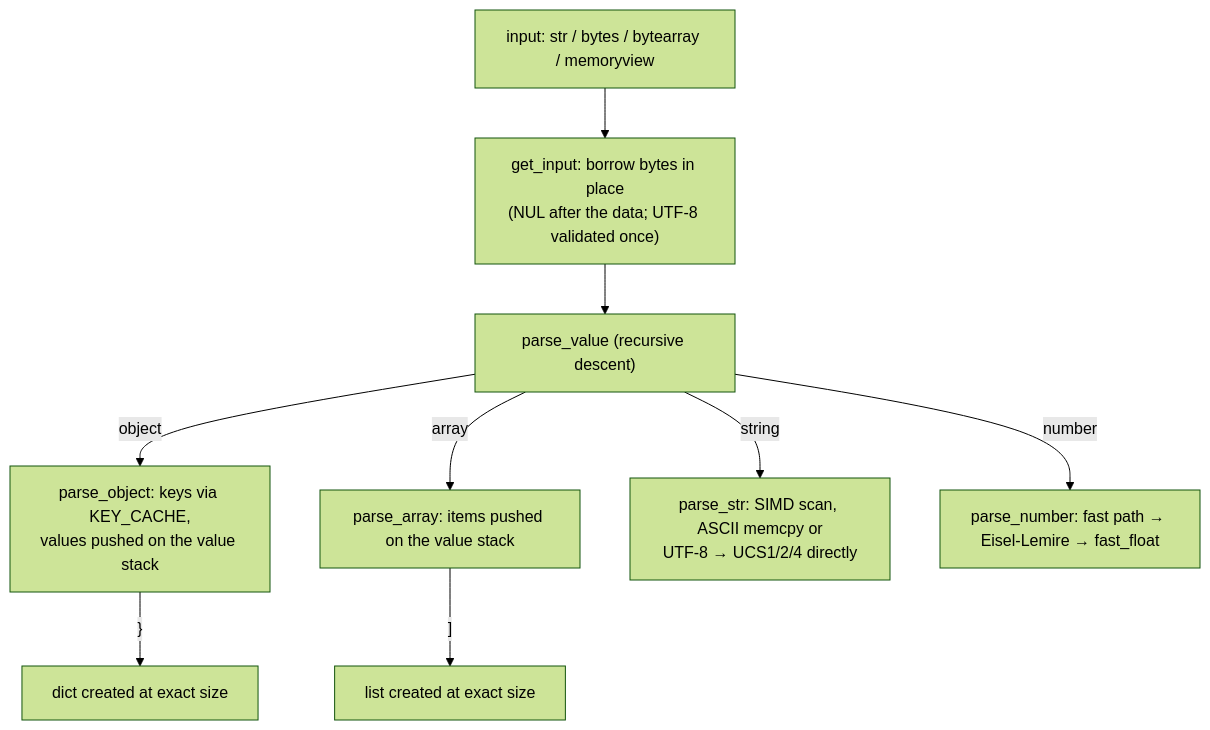
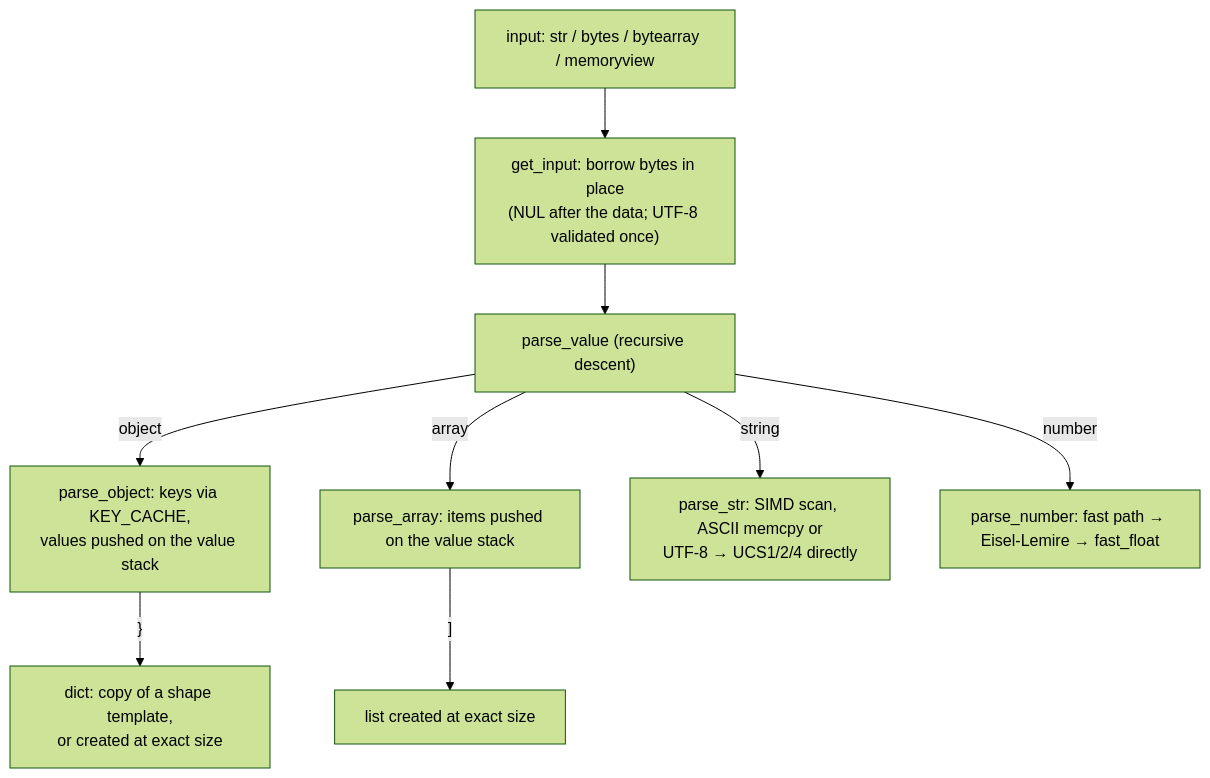
The second of 3 diagrams in docs/ARCHITECTURE.md (TinDang97/rjson), drawn with Mermaid (forest theme) before and after one commit. The commit also changed other lines of this file and 8 other files, not shown here.

````diff
--- a/docs/ARCHITECTURE.md
+++ b/docs/ARCHITECTURE.md
@@ -102,11 +102,11 @@
 ```mermaid
 flowchart TD
   I["input: str / bytes / bytearray / memoryview"] --> G["get_input: borrow bytes in place<br/>(NUL after the data; UTF-8 validated once)"]
   G --> P["parse_value (recursive descent)"]
   P -->|"object"| O["parse_object: keys via KEY_CACHE,<br/>values pushed on the value stack"]
   P -->|"array"| A["parse_array: items pushed on the value stack"]
   P -->|"string"| S["parse_str: SIMD scan, ASCII memcpy or<br/>UTF-8 → UCS1/2/4 directly"]
   P -->|"number"| N["parse_number: fast path → Eisel-Lemire → fast_float"]
-  O -->|"}"| D["dict created at exact size"]
+  O -->|"}"| D["dict: copy of a shape template,<br/>or created at exact size"]
   A -->|"]"| L["list created at exact size"]
 ```
````
